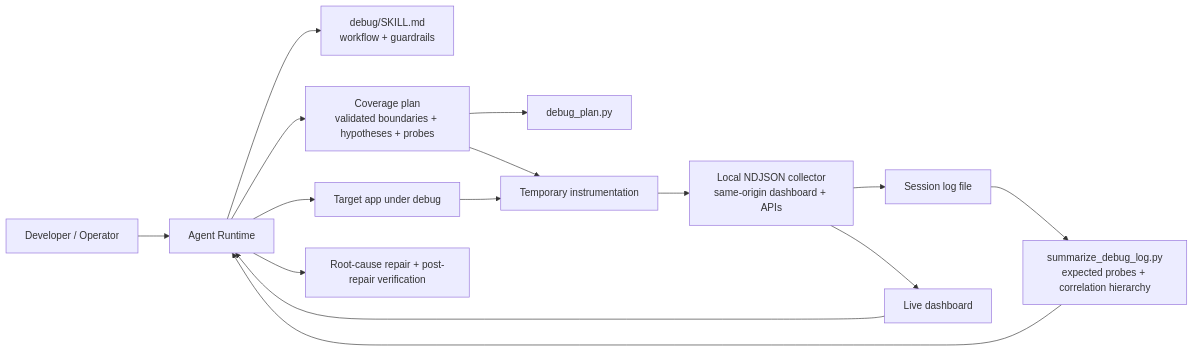
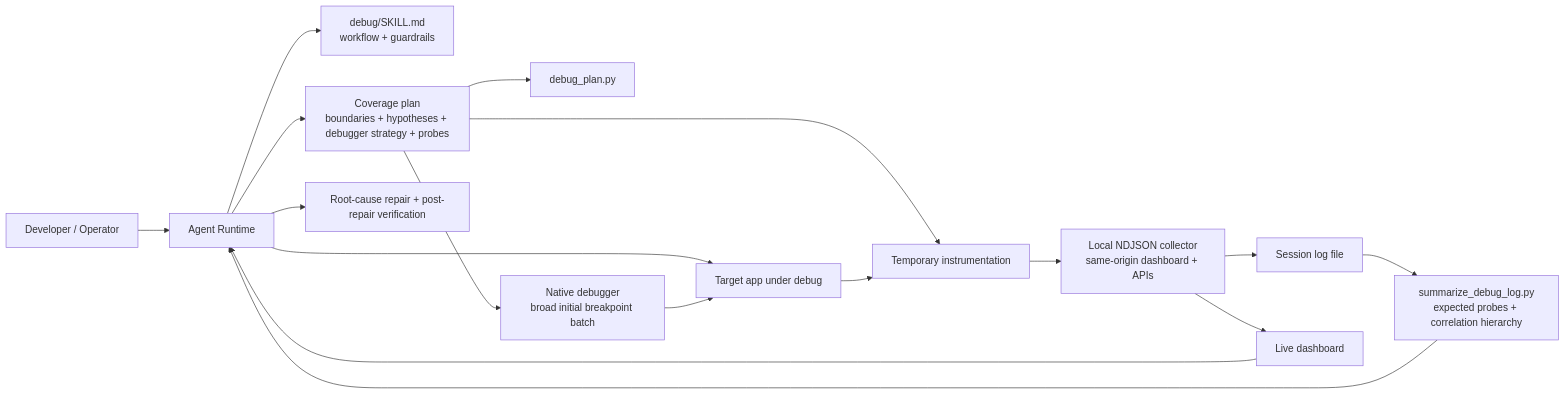
One commit to JUNERDD/skills changed the diagram in README.md. Above: the diagram before and after it, drawn with Mermaid. The commit also changed other lines of this file and 22 other files, not shown here.

First line of the commit message:
feat(debug): batch first-pass breakpoints and drop bundled browser transport

````diff
--- a/README.md
+++ b/README.md
@@ -420,17 +418,19 @@
 ```mermaid
 flowchart LR
   User["Developer / Operator"] --> Agent["Agent Runtime"]
   Agent --> Skill["debug/SKILL.md<br/>workflow + guardrails"]
-  Agent --> Plan["Coverage plan<br/>validated boundaries + hypotheses + probes"]
+  Agent --> Plan["Coverage plan<br/>boundaries + hypotheses + debugger strategy + probes"]
   Plan --> Validator["debug_plan.py"]
+  Plan --> Breakpoints["Native debugger<br/>broad initial breakpoint batch"]
   Plan --> Logs["Temporary instrumentation"]
   Agent --> App["Target app under debug"]
+  Breakpoints --> App
   Logs --> Collector["Local NDJSON collector<br/>same-origin dashboard + APIs"]
   App --> Logs
   Collector --> File["Session log file"]
   Collector --> UI["Live dashboard"]
   File --> Summary["summarize_debug_log.py<br/>expected probes + correlation hierarchy"]
   Summary --> Agent
   UI --> Agent
   Agent --> Repair["Root-cause repair + post-repair verification"]
 ```
````
